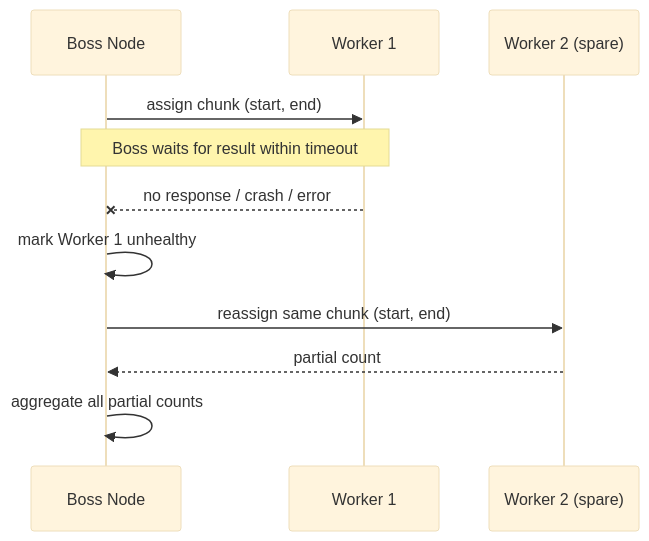
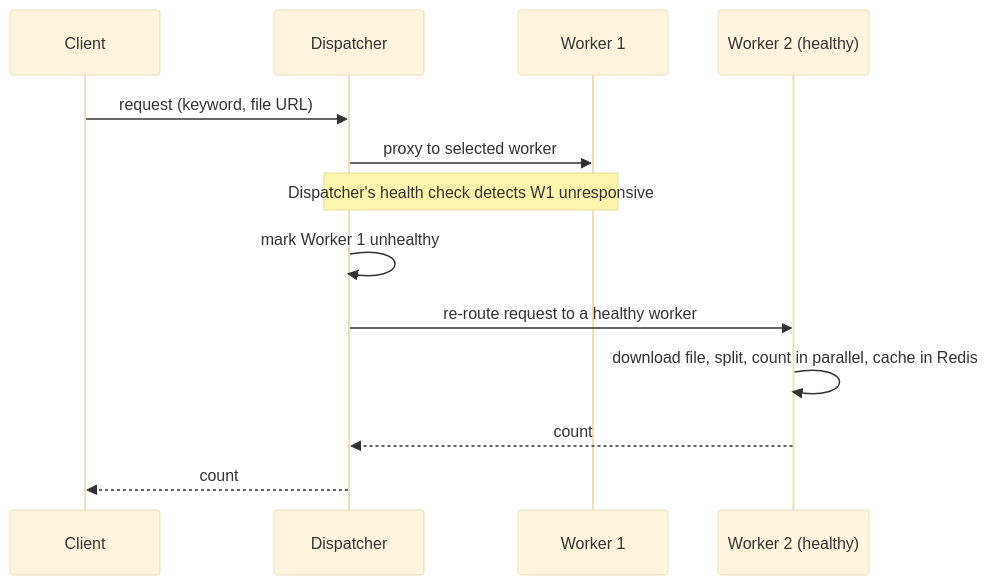
Before and after one commit to OpensourceHU/architecture-of-distributed-system: the third of 3 diagrams in phase1/architecture.md, drawn with Mermaid (base theme). The commit also changed other lines of this file and 13 other files, not shown here.

````diff
--- a/phase1/architecture.md
+++ b/phase1/architecture.md
@@ -97,14 +97,16 @@
 ```mermaid
 sequenceDiagram
-    participant Boss as Boss Node
+    participant C as Client
+    participant D as Dispatcher
     participant W1 as Worker 1
-    participant W2 as Worker 2 (spare)
+    participant W2 as Worker 2 (healthy)
 
-    Boss->>W1: assign chunk (start, end)
-    Note over Boss,W1: Boss waits for result within timeout
-    W1--xBoss: no response / crash / error
-    Boss->>Boss: mark Worker 1 unhealthy
-    Boss->>W2: reassign same chunk (start, end)
-    W2-->>Boss: partial count
-    Boss->>Boss: aggregate all partial counts
+    C->>D: request (keyword, file URL)
+    D->>W1: proxy to selected worker
+    Note over D,W1: Dispatcher's health check detects W1 unresponsive
+    D->>D: mark Worker 1 unhealthy
+    D->>W2: re-route request to a healthy worker
+    W2->>W2: download file, split, count in parallel, cache in Redis
+    W2-->>D: count
+    D-->>C: count
 ```
````
